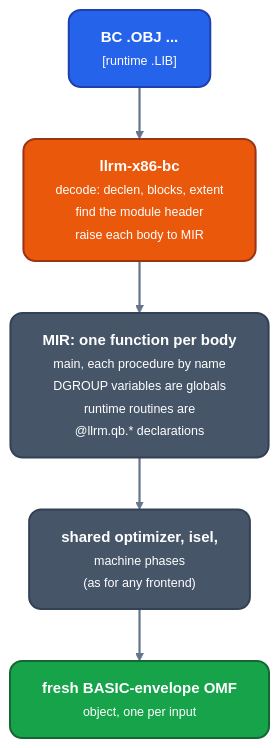
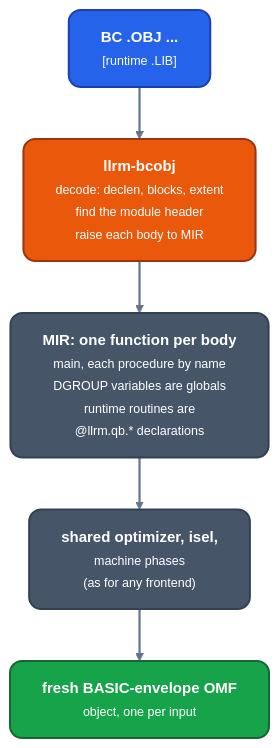
The diagram in docs/frontends/bc.md (ali-mosavian/llrm), drawn with Mermaid before and after one commit. The commit also changed other lines of this file and 75 other files, not shown here.

````diff
--- a/docs/frontends/bc.md
+++ b/docs/frontends/bc.md
@@ -8,18 +8,18 @@
 ```mermaid
 %%{init: {'theme':'base','themeVariables':{'fontFamily':'Segoe UI, Helvetica Neue, Arial, DejaVu Sans, sans-serif','fontSize':'15px','primaryColor':'#475569','primaryTextColor':'#ffffff','primaryBorderColor':'#334155','lineColor':'#64748b','secondaryColor':'#475569','tertiaryColor':'transparent','clusterBkg':'transparent','clusterBorder':'#64748b','edgeLabelBackground':'#334155','textColor':'#64748b','titleColor':'#64748b'},'flowchart':{'curve':'basis','nodeSpacing':38,'rankSpacing':52,'padding':16,'wrappingWidth':360,'htmlLabels':true,'useMaxWidth':true}}}%%
 flowchart TB
   classDef src fill:#2563eb,stroke:#1e40af,stroke-width:2px,color:#ffffff,rx:12px,ry:12px
   classDef mid fill:#475569,stroke:#334155,stroke-width:2px,color:#ffffff,rx:12px,ry:12px
   classDef opt fill:#ea580c,stroke:#9a3412,stroke-width:2px,color:#ffffff,rx:12px,ry:12px
   classDef out fill:#16a34a,stroke:#166534,stroke-width:2px,color:#ffffff,rx:12px,ry:12px
   linkStyle default stroke:#64748b,stroke-width:2.2px
   obj["<b>BC .OBJ ...</b><br/><small>[runtime .LIB]</small>"]:::src
-  bc["<b>llrm-x86-bc</b><br/><small>decode: declen, blocks, extent<br/>find the module header<br/>raise each body to MIR</small>"]:::opt
+  bc["<b>llrm-bcobj</b><br/><small>decode: declen, blocks, extent<br/>find the module header<br/>raise each body to MIR</small>"]:::opt
   mir["<b>MIR: one function per body</b><br/><small>main, each procedure by name<br/>DGROUP variables are globals<br/>runtime routines are<br/>@llrm.qb.* declarations</small>"]:::mid
   sh["<b>shared optimizer, isel,</b><br/><small>machine phases<br/>(as for any frontend)</small>"]:::mid
   out["<b>fresh BASIC-envelope OMF</b><br/><small>object, one per input</small>"]:::out
   obj --> bc
   bc --> mir
   mir --> sh
   sh --> out
 ```
````
